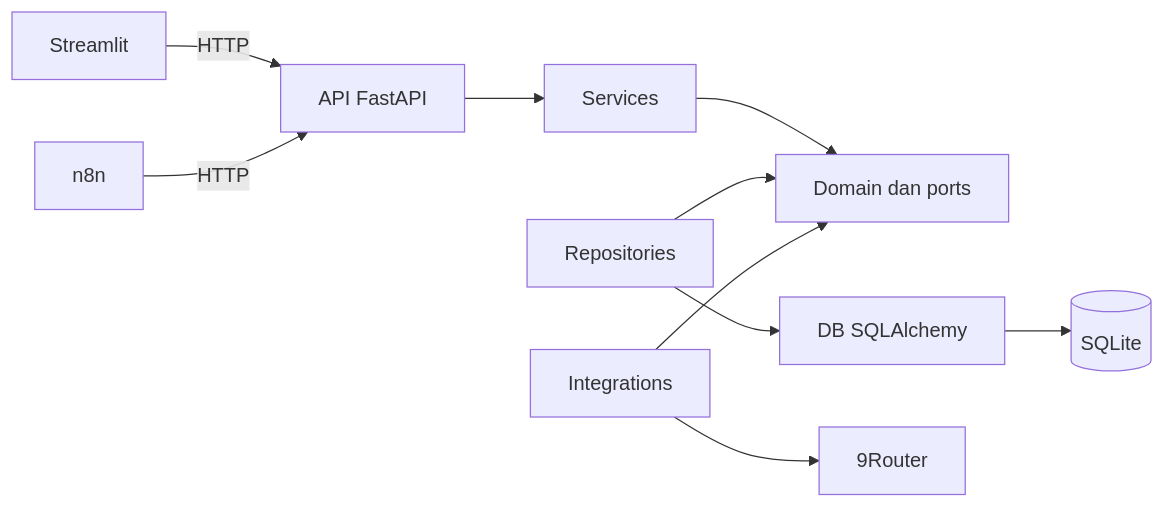
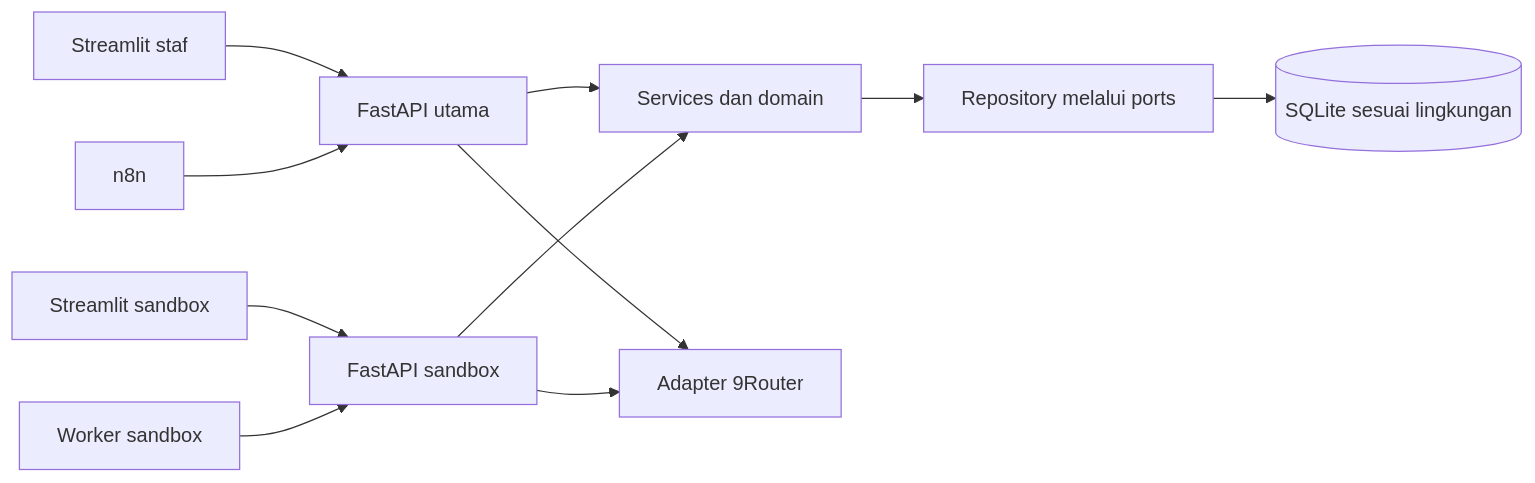
Before and after one commit to reynaldaryansyah25/minori-placement-intelligence: the diagram in docs/architecture.md, drawn with Mermaid. The commit also changed other lines of this file and 9 other files, not shown here.

````diff
--- a/docs/architecture.md
+++ b/docs/architecture.md
@@ -11,12 +6,13 @@
 ```mermaid
 flowchart LR
-    Frontend[Streamlit] -->|HTTP| API[API FastAPI]
-    Automation[n8n] -->|HTTP| API
-    API --> Services[Services]
-    Services --> Domain[Domain dan ports]
-    Repositories[Repositories] --> Domain
-    Repositories --> DB[DB SQLAlchemy]
-    DB --> SQLite[(SQLite)]
-    Integrations[Integrations] --> Domain
-    Integrations --> Router[9Router]
+    Frontend[Streamlit staf] --> API[FastAPI utama]
+    N8N[n8n] --> API
+    Public[Streamlit sandbox] --> Sandbox[FastAPI sandbox]
+    Worker[Worker sandbox] --> Sandbox
+    API --> UseCases[Services dan domain]
+    Sandbox --> UseCases
+    UseCases --> Repository[Repository melalui ports]
+    Repository --> Database[(SQLite sesuai lingkungan)]
+    API --> Gateway[Adapter 9Router]
+    Sandbox --> Gateway
 ```
````
